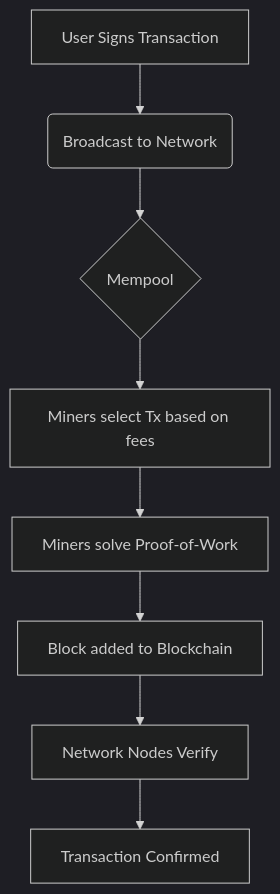
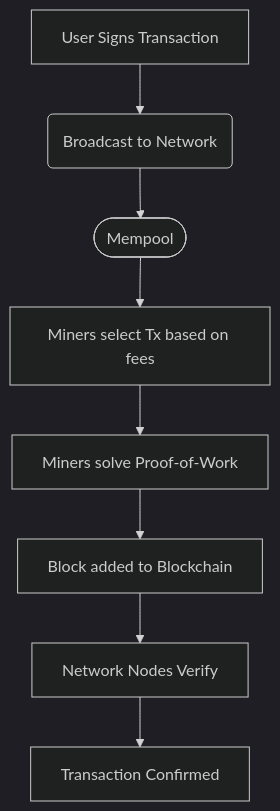
The diagram in src/content/blog/en/what-is-bitcoin.mdx (annabraun015-stack/krypto-watch), drawn with Mermaid (dark theme) before and after one commit. The commit also changed 10 other files, not shown here.

```diff
--- a/src/content/blog/en/what-is-bitcoin.mdx
+++ b/src/content/blog/en/what-is-bitcoin.mdx
@@ -74,10 +74,10 @@
 <div class="mermaid">
 graph TD
     A[User Signs Transaction] --> B(Broadcast to Network);
-    B --> C{Mempool};
+    B --> C([Mempool]);
     C --> D[Miners select Tx based on fees];
     D --> E[Miners solve Proof-of-Work];
     E --> F[Block added to Blockchain];
     F --> G[Network Nodes Verify];
     G --> H[Transaction Confirmed];
 </div>
```
